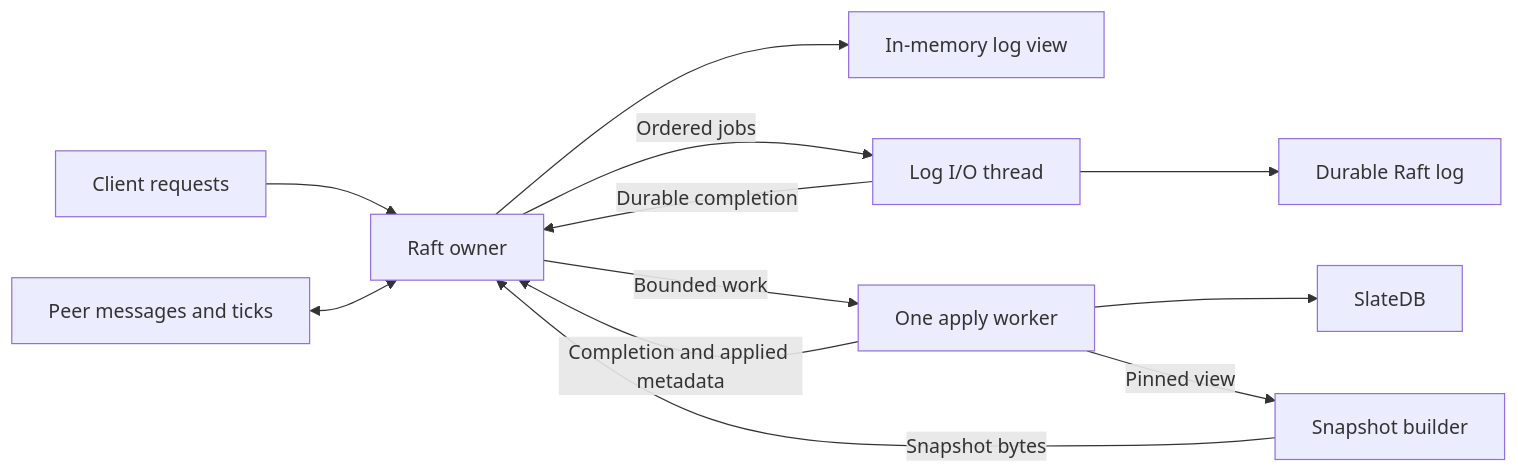
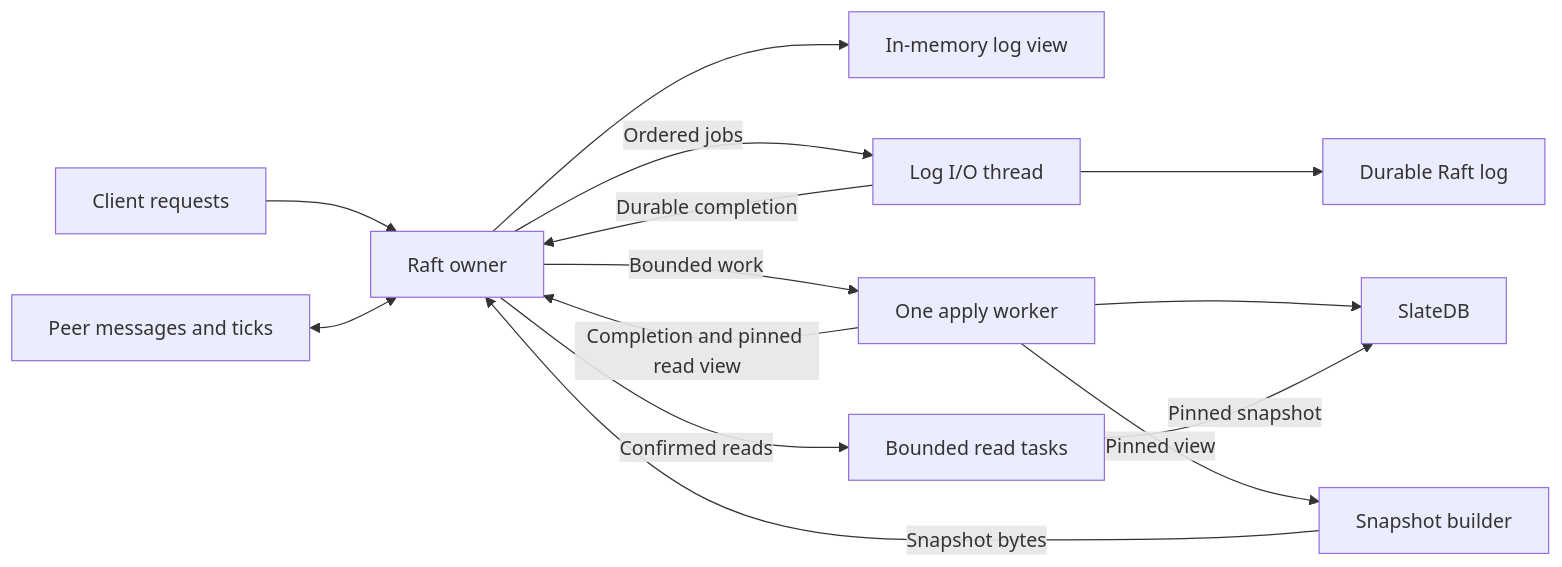
The second of 2 diagrams in docs/architecture.md (siddontang/slatedb-etcd), drawn with Mermaid before and after one commit. The commit also changed other lines of this file and 35 other files, not shown here.

````diff
--- a/docs/architecture.md
+++ b/docs/architecture.md
@@ -132,14 +121,16 @@
 ```mermaid
 flowchart LR
     RPC[Client requests] --> Raft[Raft owner]
     Peers[Peer messages and ticks] <--> Raft
     Raft --> Cache[In-memory log view]
     Raft -->|Ordered jobs| IO[Log I/O thread]
     IO --> Log[Durable Raft log]
     IO -->|Durable completion| Raft
     Raft -->|Bounded work| Apply[One apply worker]
     Apply --> DB[SlateDB]
-    Apply -->|Completion and applied metadata| Raft
+    Apply -->|Completion and pinned read view| Raft
+    Raft -->|Confirmed reads| Reads[Bounded read tasks]
+    Reads -->|Pinned snapshot| DB
     Apply -->|Pinned view| Builder[Snapshot builder]
     Builder -->|Snapshot bytes| Raft
 ```
````
